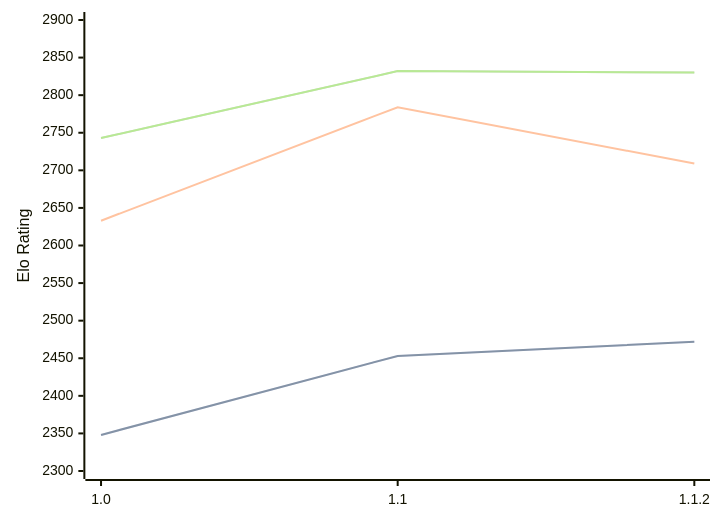
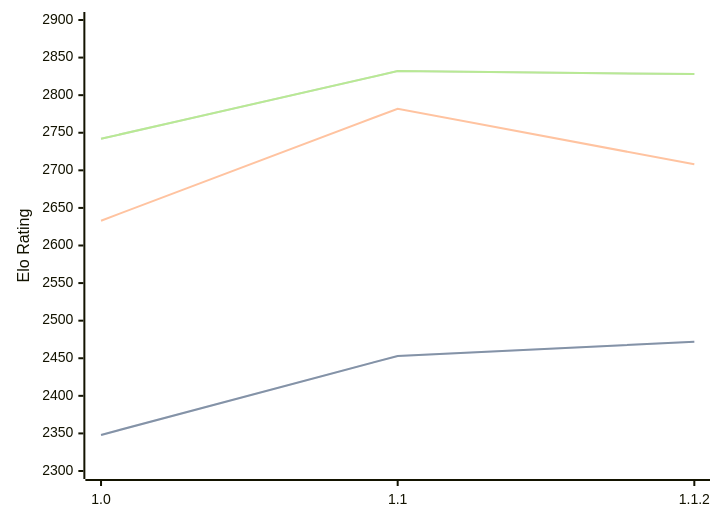
One commit to computer-chess-index/cci changed the diagram in engines/Casanchess.md. Above: the diagram before and after it, drawn with Mermaid. The commit also changed other lines of this file, not shown here.

Commit message:
Update CCI Ratings (ELO VLTC) - 2026-10-01

````diff
--- a/engines/Casanchess.md
+++ b/engines/Casanchess.md
@@ -34,11 +34,11 @@
 ```mermaid
 %%{init: {"theme":"base","themeVariables":{"seriesColors:['#a3a3a3','#222221','#faa371']}}}%%
 xychart-beta
   x-axis ["1.0", "1.1", "1.1.2"]
   y-axis "Elo Rating" 2300 --> 2900
   line "" [2348, 2453, 2472]
   line "STC (8.0+0.08s)" [2348, 2453, 2472]
-  line "LTC (60.0+0.60s)" [2633, 2784, 2709]
-  line "" [2743, 2832, 2830]
-  line "VLTC (2m24s+1.12s)" [2743, 2832, 2830]
+  line "LTC (60.0+0.60s)" [2633, 2782, 2708]
+  line "" [2742, 2832, 2828]
+  line "VLTC (2m24s+1.12s)" [2742, 2832, 2828]
 ```
````
